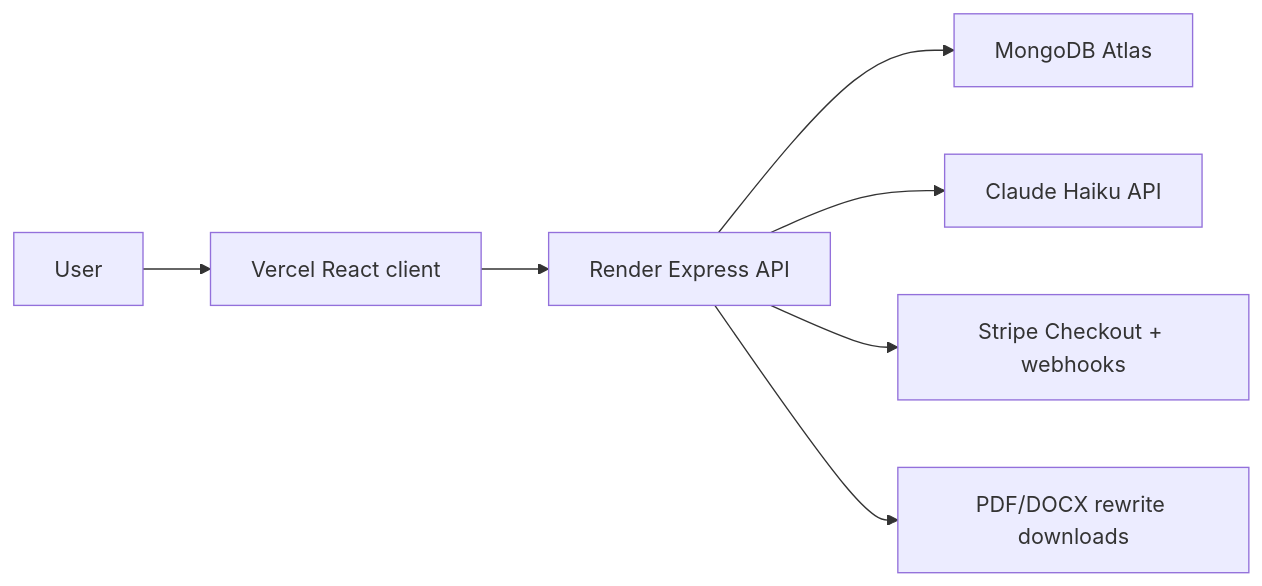
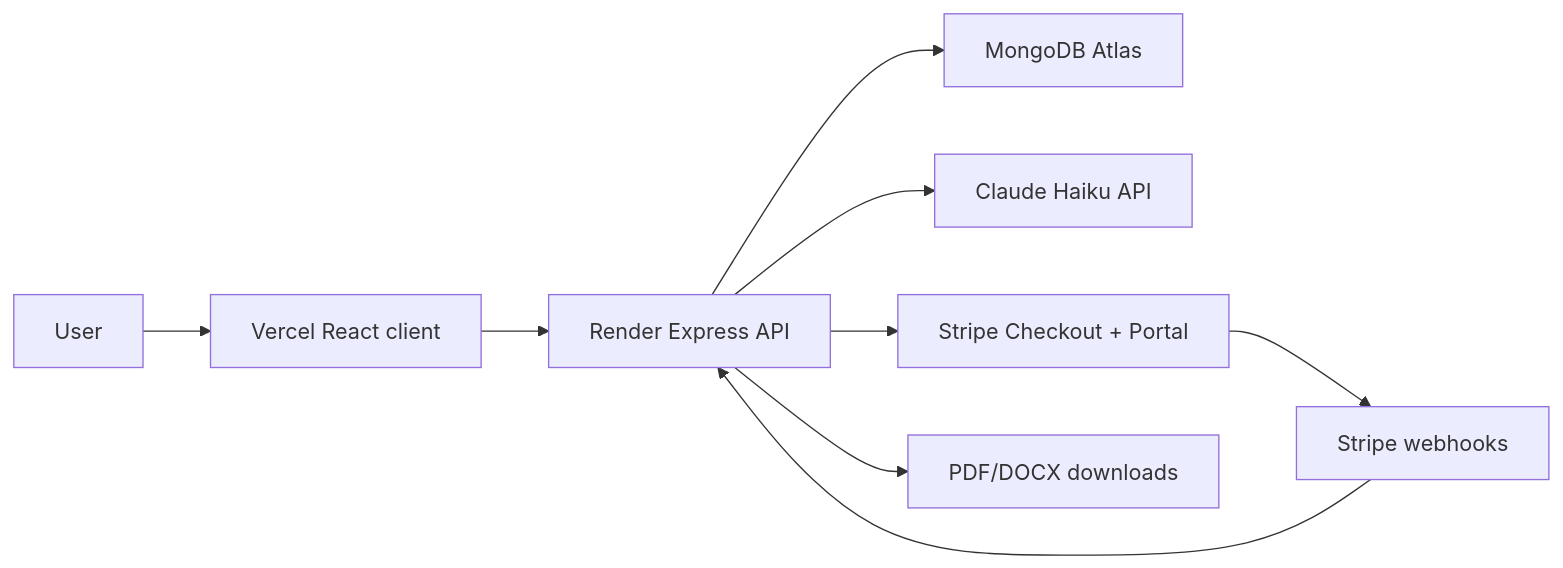
Before and after one commit to Aashish-cs/ResumeRoast: the diagram in README.md, drawn with Mermaid. The commit also changed other lines of this file and 6 other files, not shown here.

````diff
--- a/README.md
+++ b/README.md
@@ -59,9 +73,11 @@
 ```mermaid
 flowchart LR
   U["User"] --> A["Vercel React client"]
   A --> B["Render Express API"]
   B --> C["MongoDB Atlas"]
   B --> D["Claude Haiku API"]
-  B --> E["Stripe Checkout + webhooks"]
-  B --> F["PDF/DOCX rewrite downloads"]
+  B --> E["Stripe Checkout + Portal"]
+  E --> F["Stripe webhooks"]
+  F --> B
+  B --> G["PDF/DOCX downloads"]
 ```
````
